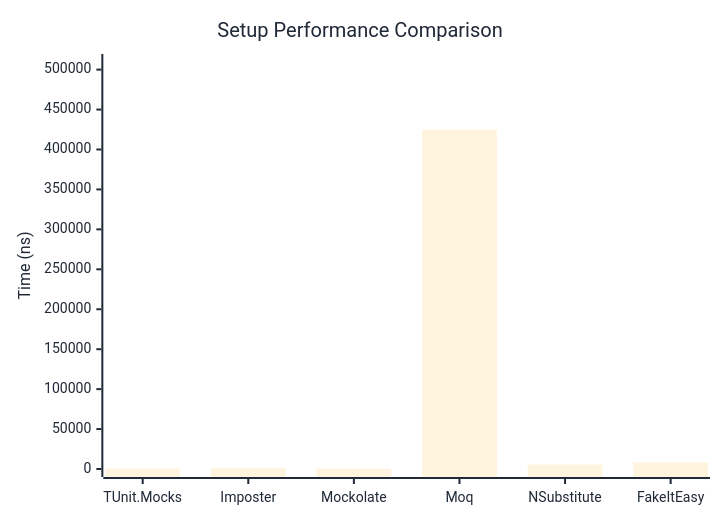
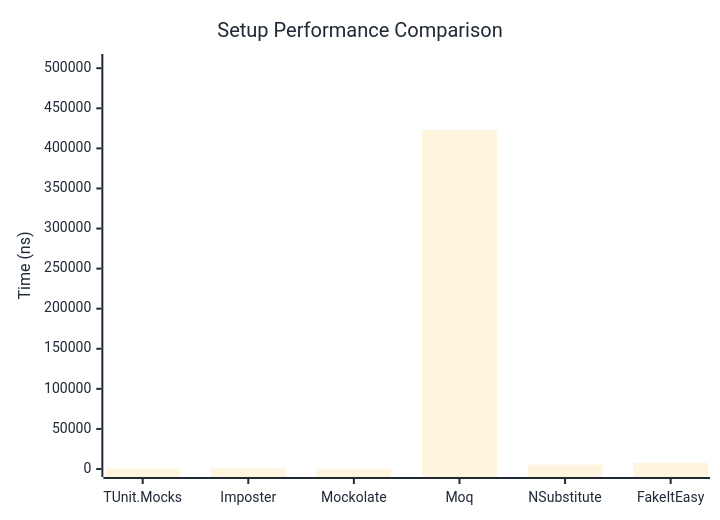
The first of 2 diagrams in docs/docs/benchmarks/mocks/Setup.md (thomhurst/TUnit), drawn with Mermaid before and after one commit. The commit also changed other lines of this file and 14 other files, not shown here.

````diff
--- a/docs/docs/benchmarks/mocks/Setup.md
+++ b/docs/docs/benchmarks/mocks/Setup.md
@@ -28,27 +28,27 @@
 ```mermaid
 %%{init: {
   'theme':'base',
   'themeVariables': {
     'primaryColor': '#2563eb',
     'primaryTextColor': '#1f2937',
     'primaryBorderColor': '#1e40af',
     'lineColor': '#6b7280',
     'secondaryColor': '#7c3aed',
     'tertiaryColor': '#dc2626',
     'background': '#ffffff',
     'pie1': '#2563eb',
     'pie2': '#7c3aed',
     'pie3': '#dc2626',
     'pie4': '#f59e0b',
     'pie5': '#10b981',
     'pie6': '#06b6d4',
     'pie7': '#ec4899',
     'pie8': '#6366f1'
   }
 }}%%
 xychart-beta
   title "Setup Performance Comparison"
   x-axis ["TUnit.Mocks", "Imposter", "Mockolate", "Moq", "NSubstitute", "FakeItEasy"]
-  y-axis "Time (ns)" 0 --> 509527
-  bar [556.5, 932.1, 340.8, 424605.2, 5618.9, 8237.1]
+  y-axis "Time (ns)" 0 --> 507761
+  bar [499.5, 820.6, 320.9, 423133.4, 5405.4, 7723.5]
 ```
````
